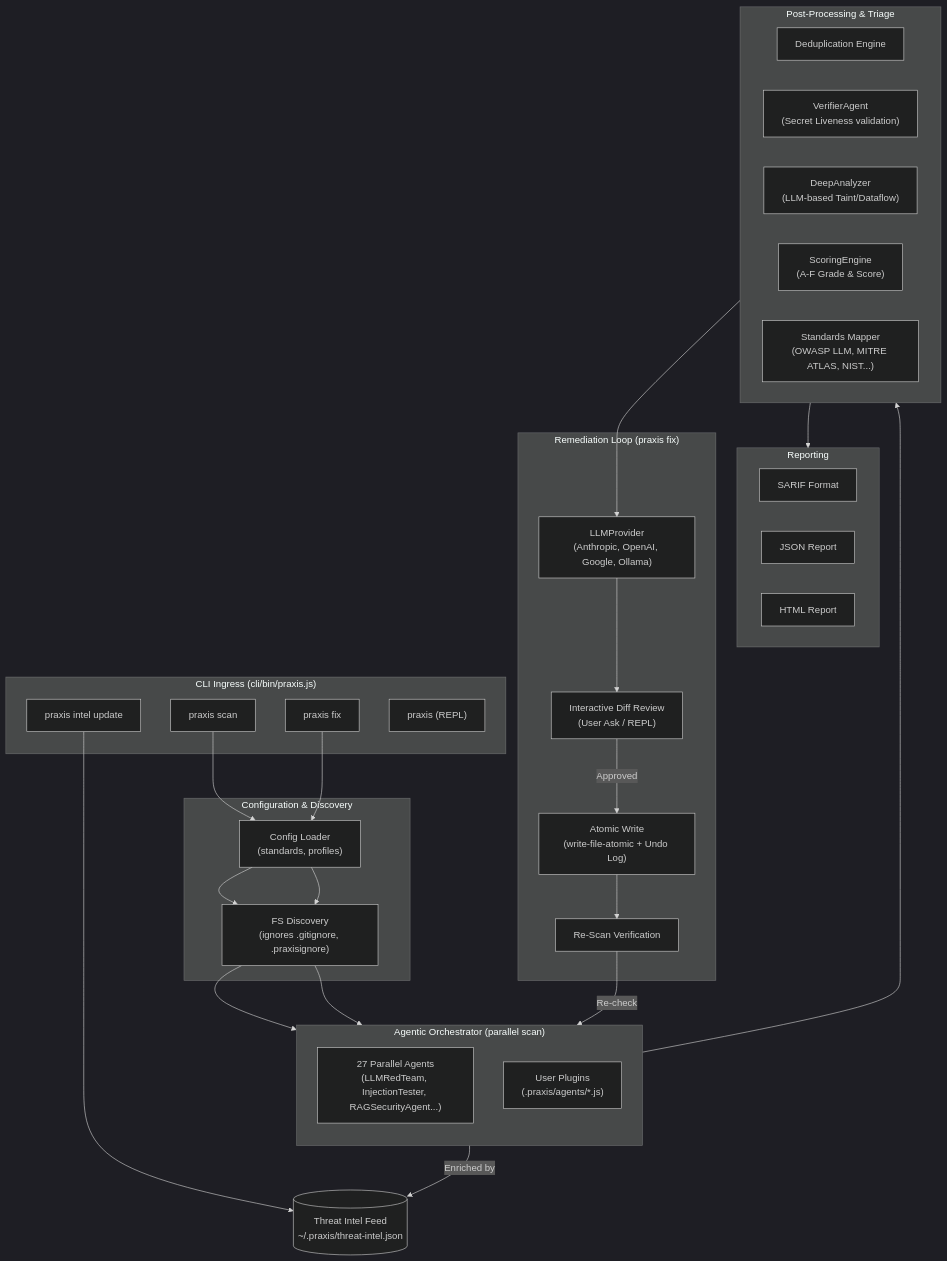
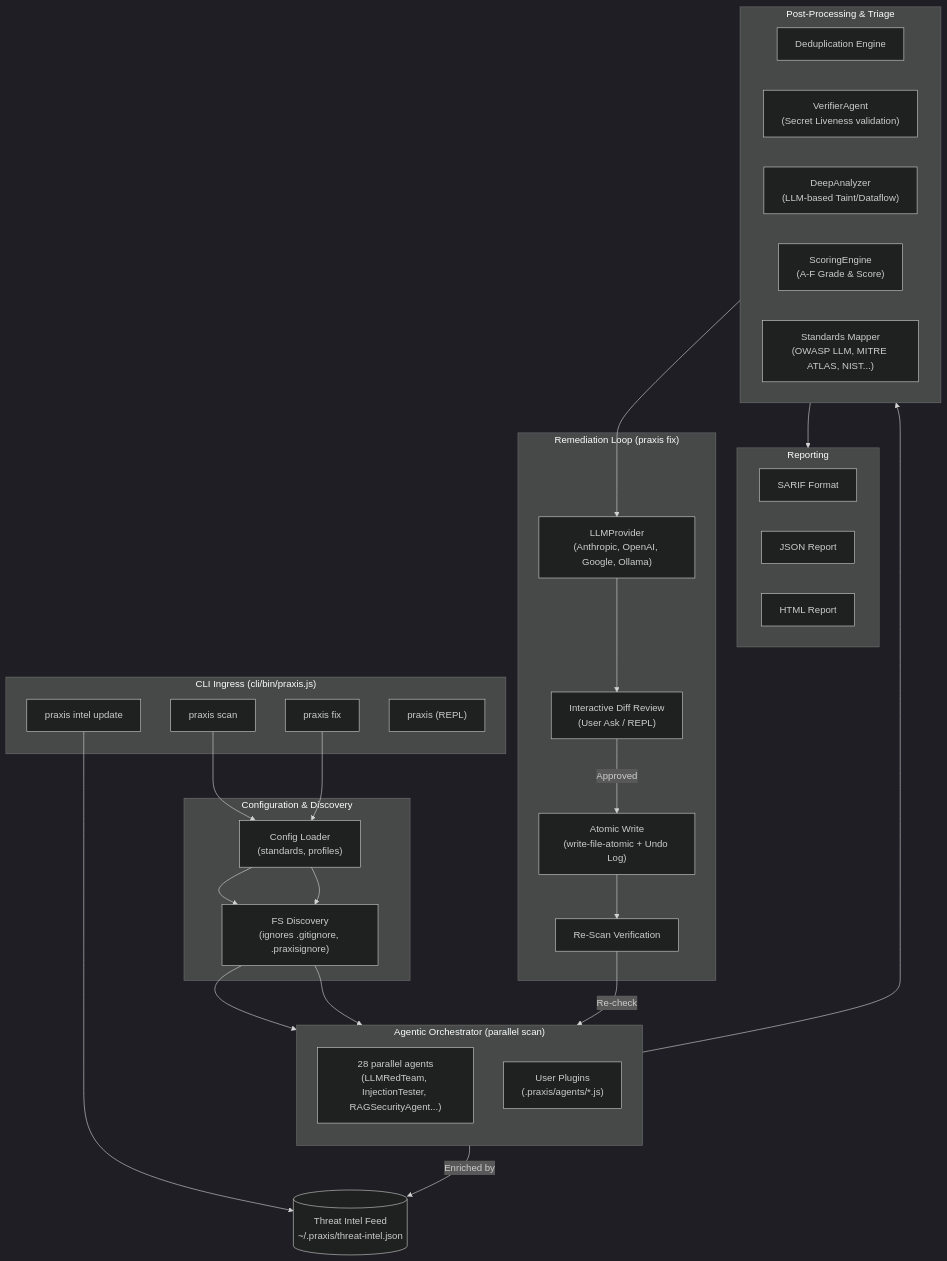
Before and after one commit to Ganron007/Praxis: the diagram in README.md, drawn with Mermaid (dark theme). The commit also changed other lines of this file and 15 other files, not shown here.

Commit message:
feat: AiInfraInventoryAgent — model gateways, AI runtime/IaC, API endpoint inventory with BOLA flags (P-IMP-035); 28 agents

````diff
--- a/README.md
+++ b/README.md
@@ -43,55 +43,55 @@
 ```mermaid
 flowchart TD
     subgraph CLI["CLI Ingress (cli/bin/praxis.js)"]
         SCAN["praxis scan"]
         FIX["praxis fix"]
         INTEL["praxis intel update"]
         REPL["praxis (REPL)"]
     end
 
     subgraph Config["Configuration & Discovery"]
         DISC["FS Discovery<br/>(ignores .gitignore, .praxisignore)"]
         CONF["Config Loader<br/>(standards, profiles)"]
     end
 
     subgraph Orchestrator["Agentic Orchestrator (parallel scan)"]
         direction TB
-        AGENTS["27 Parallel Agents<br/>(LLMRedTeam, InjectionTester, RAGSecurityAgent...)"]
+        AGENTS["28 parallel agents<br/>(LLMRedTeam, InjectionTester, RAGSecurityAgent...)"]
         PLUGINS["User Plugins<br/>(.praxis/agents/*.js)"]
     end
 
     subgraph Post["Post-Processing & Triage"]
         DEDUPE["Deduplication Engine"]
         VERIFY_AP["VerifierAgent<br/>(Secret Liveness validation)"]
         DEEP["DeepAnalyzer<br/>(LLM-based Taint/Dataflow)"]
         SCORE["ScoringEngine<br/>(A-F Grade & Score)"]
         MAP["Standards Mapper<br/>(OWASP LLM, MITRE ATLAS, NIST...)"]
     end
 
     subgraph Output["Reporting"]
         SARIF["SARIF Format"]
         JSON["JSON Report"]
         HTML["HTML Report"]
     end
 
     subgraph FixLoop["Remediation Loop (praxis fix)"]
         LLM_PROV["LLMProvider<br/>(Anthropic, OpenAI, Google, Ollama)"]
         ASK["Interactive Diff Review<br/>(User Ask / REPL)"]
         APPLY["Atomic Write<br/>(write-file-atomic + Undo Log)"]
         VERIFY["Re-Scan Verification"]
     end
 
     SCAN --> CONF --> DISC --> Orchestrator
     Orchestrator --> Post
     Post --> Output
 
     FIX --> CONF --> DISC --> Orchestrator
     Post --> LLM_PROV
     LLM_PROV --> ASK
     ASK -->|Approved| APPLY
     APPLY --> VERIFY
     VERIFY -->|Re-check| Orchestrator
     
     INTEL --> INTEL_FEED[("Threat Intel Feed<br/>~/.praxis/threat-intel.json")]
     Orchestrator -->|Enriched by| INTEL_FEED
 ```
````
